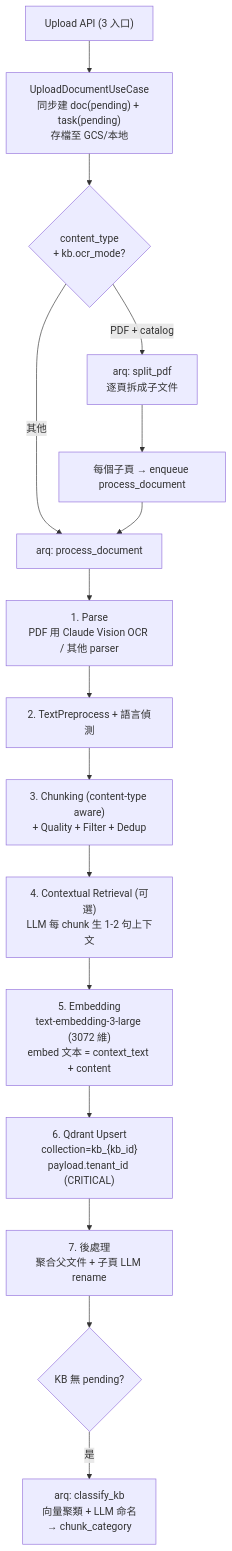
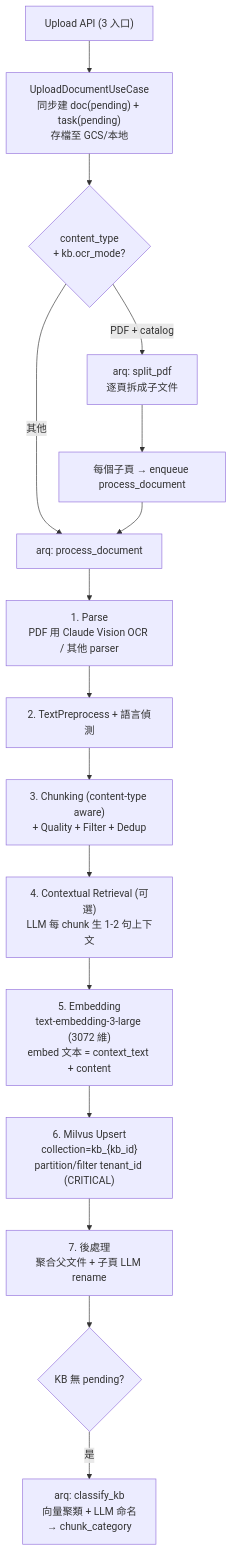
One commit to larry610881/agentic-rag-customer-service changed the first of 2 diagrams in docs/architecture.md. Above: the diagram before and after it, drawn with Mermaid. The commit also changed other lines of this file and 7 other files, not shown here.

First line of the commit message:
docs: Qdrant → Milvus + React/Vite + PostgreSQL 老資訊清理

````diff
--- a/docs/architecture.md
+++ b/docs/architecture.md
@@ -103,18 +103,18 @@
 ```mermaid
 graph TD
     U["Upload API (3 入口)"] --> UC["UploadDocumentUseCase<br/>同步建 doc(pending) + task(pending)<br/>存檔至 GCS/本地"]
     UC --> EQ{"content_type<br/>+ kb.ocr_mode?"}
     EQ -->|"PDF + catalog"| SP["arq: split_pdf<br/>逐頁拆成子文件"]
     EQ -->|"其他"| PD["arq: process_document"]
     SP --> CHILD["每個子頁 → enqueue process_document"]
     CHILD --> PD
     PD --> P1["1. Parse<br/>PDF 用 Claude Vision OCR / 其他 parser"]
     P1 --> P2["2. TextPreprocess + 語言偵測"]
     P2 --> P3["3. Chunking (content-type aware)<br/>+ Quality + Filter + Dedup"]
     P3 --> P4["4. Contextual Retrieval (可選)<br/>LLM 每 chunk 生 1-2 句上下文"]
     P4 --> P5["5. Embedding<br/>text-embedding-3-large (3072 維)<br/>embed 文本 = context_text + content"]
-    P5 --> P6["6. Qdrant Upsert<br/>collection=kb_{kb_id}<br/>payload.tenant_id (CRITICAL)"]
+    P5 --> P6["6. Milvus Upsert<br/>collection=kb_{kb_id}<br/>partition/filter tenant_id (CRITICAL)"]
     P6 --> P7["7. 後處理<br/>聚合父文件 + 子頁 LLM rename"]
     P7 --> TR{"KB 無 pending?"}
     TR -->|"是"| CK["arq: classify_kb<br/>向量聚類 + LLM 命名<br/>→ chunk_category"]
 ```
````
